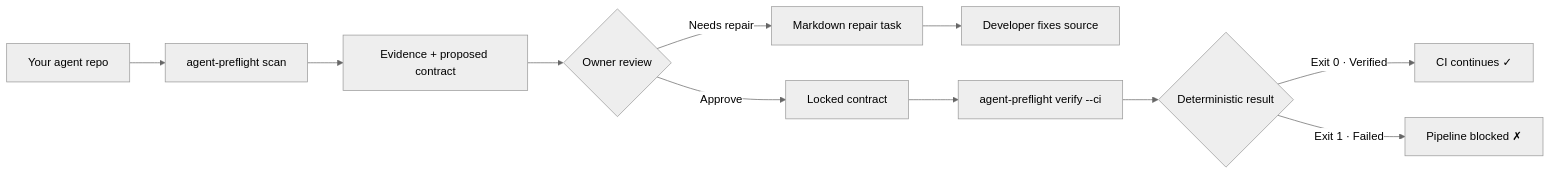
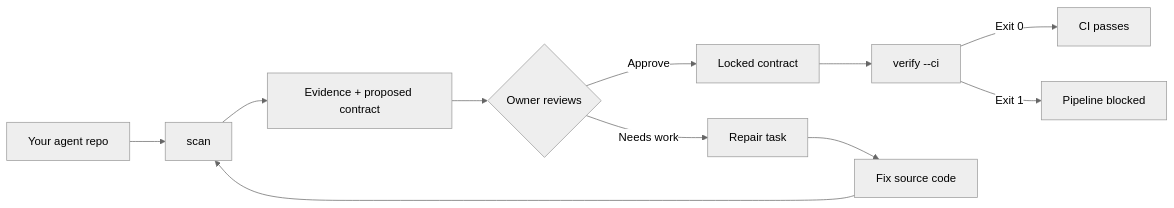
Before and after one commit to pratikforge/AGENT-PREFLIGHT_CLI: the diagram in README.md, drawn with Mermaid (neutral theme). The commit also changed other lines of this file, not shown here.

````diff
--- a/README.md
+++ b/README.md
@@ -40,13 +96,13 @@
 ```mermaid
 flowchart LR
-    A[Your agent repo] --> B["agent-preflight scan"]
+    A[Your agent repo] --> B["scan"]
     B --> C[Evidence + proposed contract]
-    C --> D{Owner review}
+    C --> D{Owner reviews}
     D -->|Approve| E[Locked contract]
-    D -->|Needs repair| F[Markdown repair task]
-    F --> G[Developer fixes source]
-    E --> H["agent-preflight verify --ci"]
-    H --> I{Deterministic result}
-    I -->|Exit 0 · Verified| J[CI continues ✓]
-    I -->|Exit 1 · Failed| K[Pipeline blocked ✗]
+    D -->|Needs work| F[Repair task]
+    F --> G[Fix source code]
+    G --> B
+    E --> H["verify --ci"]
+    H -->|Exit 0| I["CI passes"]
+    H -->|Exit 1| J["Pipeline blocked"]
 ```
````
